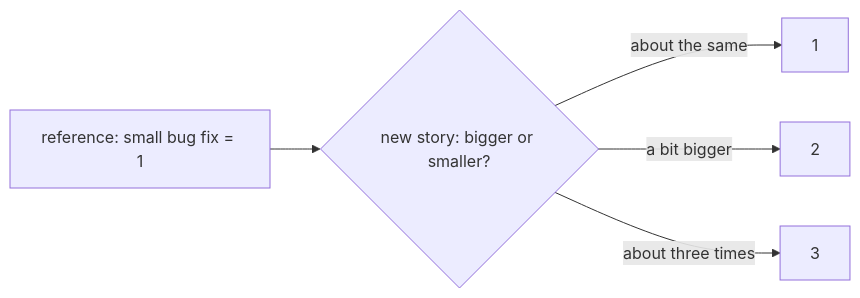
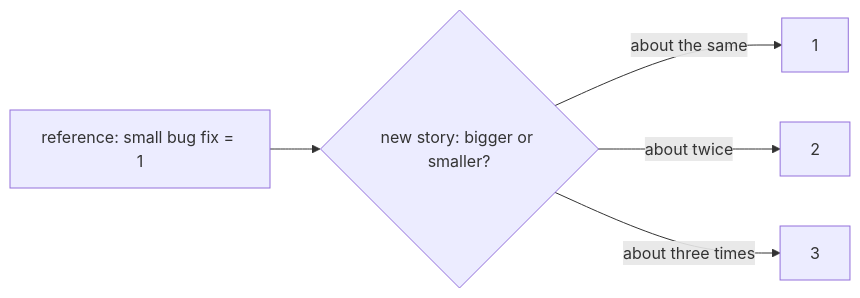
The diagram in content/tracks/management/stories-and-estimation/management.l1.relative-estimation.en.md (duyan11110/lo-trinh-architect), drawn with Mermaid before and after one commit. The commit also changed other lines of this file and 2 other files, not shown here.

````diff
--- a/content/tracks/management/stories-and-estimation/management.l1.relative-estimation.en.md
+++ b/content/tracks/management/stories-and-estimation/management.l1.relative-estimation.en.md
@@ -37,7 +37,7 @@
 ```mermaid
 flowchart LR
   R[reference: small bug fix = 1] --> C{new story: bigger or smaller?}
   C -->|about the same| A[1]
-  C -->|a bit bigger| B[2]
+  C -->|about twice| B[2]
   C -->|about three times| D[3]
 ```
````
